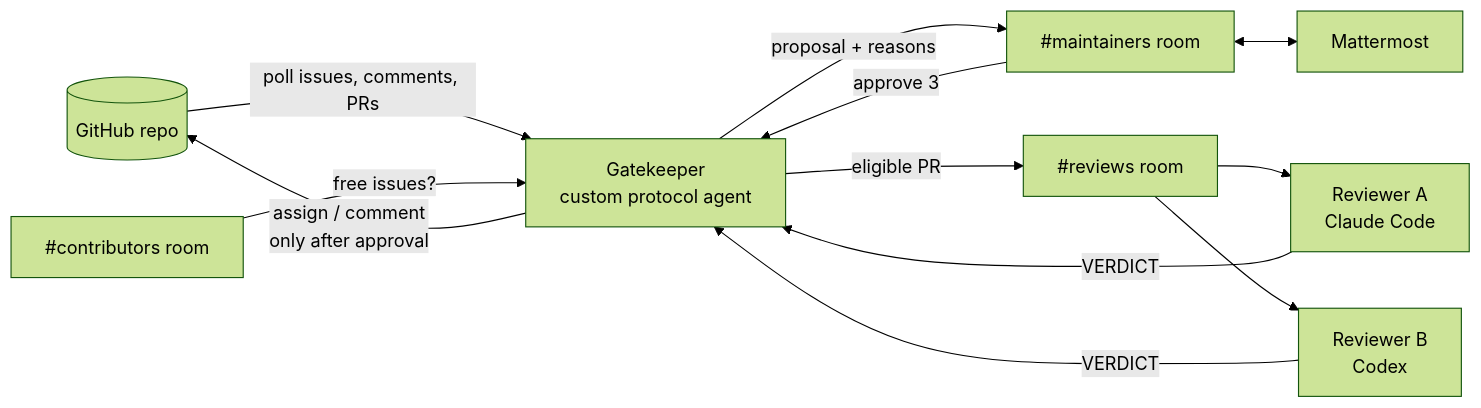
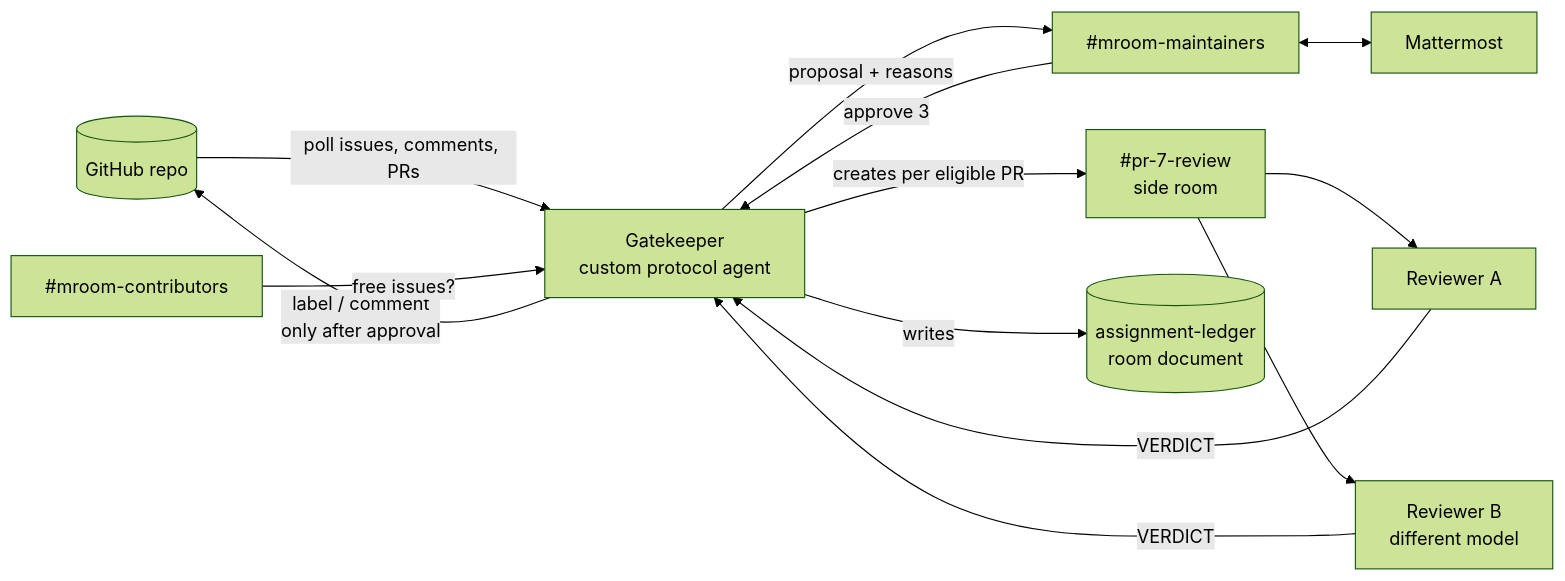
Before and after one commit to ArchitaAgrawal912/switch-maintainer-room: the diagram in README.md, drawn with Mermaid (forest theme). The commit also changed other lines of this file, not shown here.

Commit message:
docs: real setup flow, side rooms, commands table and demo script

````diff
--- a/README.md
+++ b/README.md
@@ -26,14 +29,15 @@
 ```mermaid
 flowchart LR
   GH[(GitHub repo)] -- poll issues, comments, PRs --> GK[Gatekeeper<br/>custom protocol agent]
-  GK -- proposal + reasons --> MR["#maintainers room"]
+  GK -- proposal + reasons --> MR["#mroom-maintainers"]
   MR -- "approve 3" --> GK
-  GK -- assign / comment<br/>only after approval --> GH
-  GK -- eligible PR --> RR["#reviews room"]
-  RR --> A[Reviewer A<br/>Claude Code]
-  RR --> B[Reviewer B<br/>Codex]
+  GK -- label / comment<br/>only after approval --> GH
+  GK -- creates per eligible PR --> SR["#pr-7-review<br/>side room"]
+  SR --> A[Reviewer A]
+  SR --> B[Reviewer B<br/>different model]
   A -- VERDICT --> GK
   B -- VERDICT --> GK
+  GK -- writes --> LD[(assignment-ledger<br/>room document)]
+  CR["#mroom-contributors"] -- "free issues?" --> GK
   MR <--> MM[Mattermost]
-  CR["#contributors room"] -- "free issues?" --> GK
 ```
````
